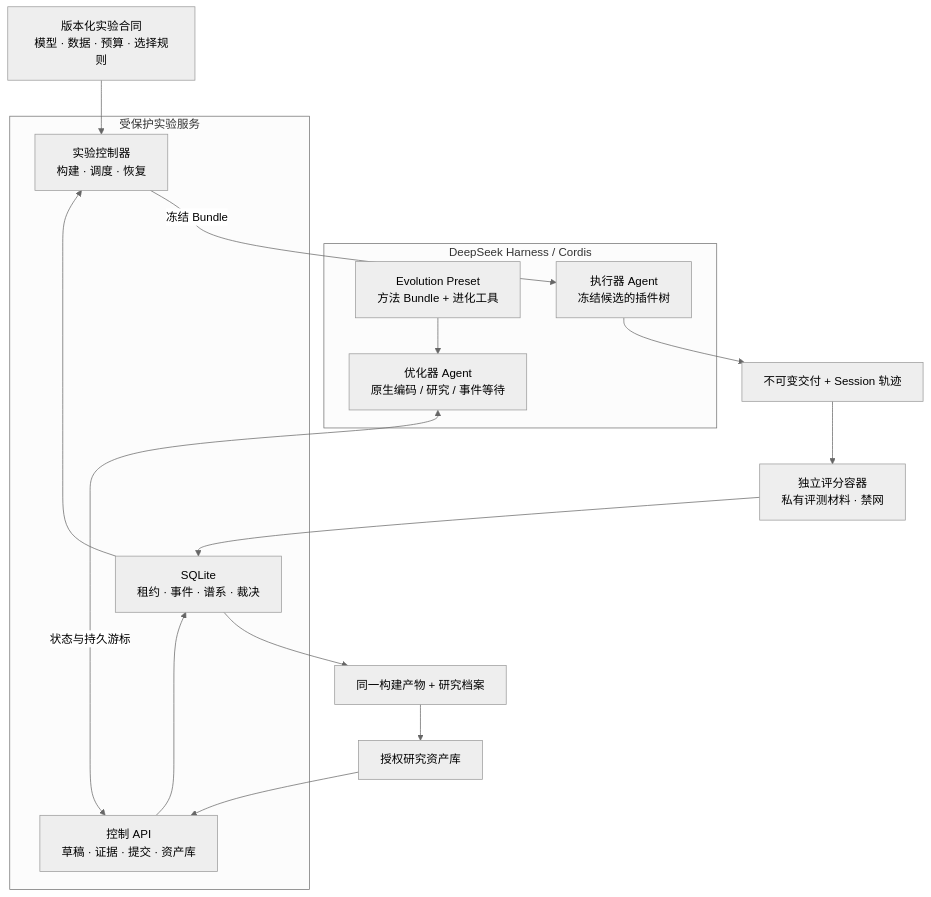
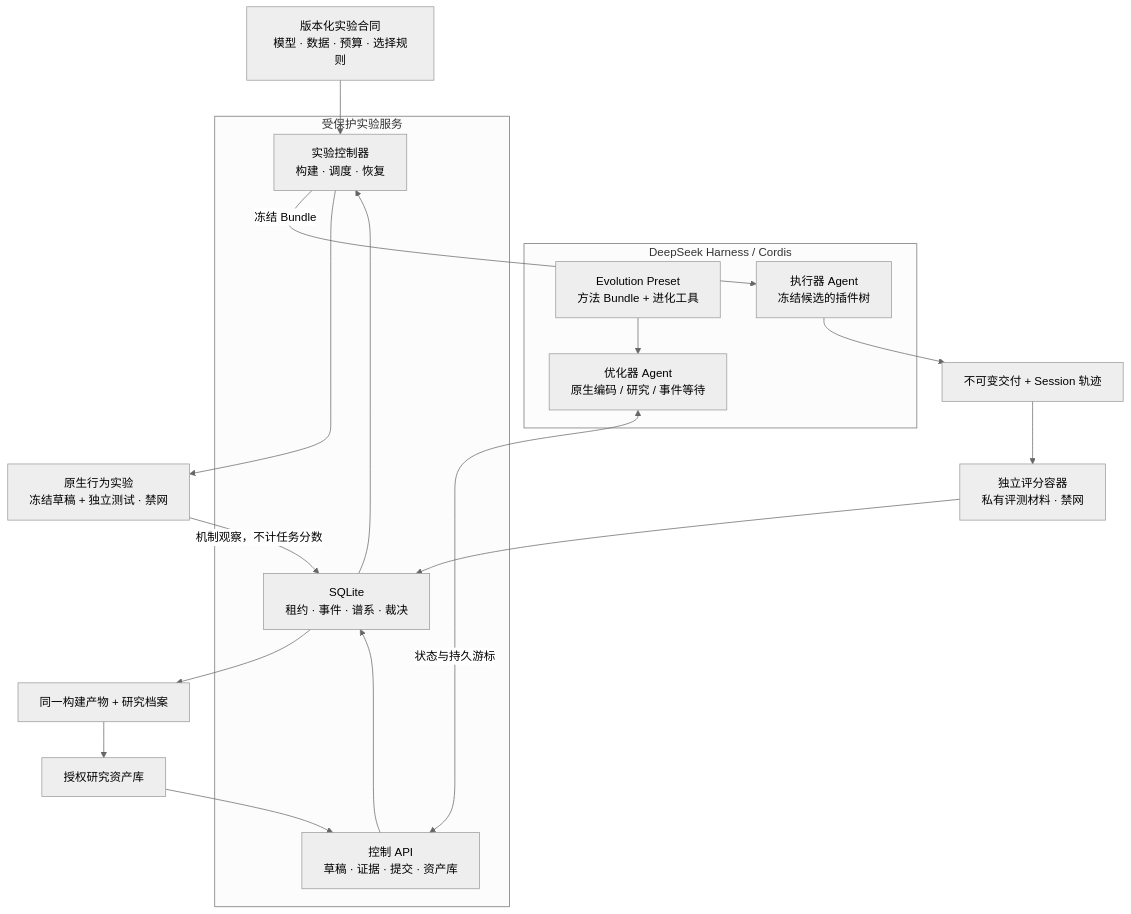
The first of 3 diagrams in docs/components.md (OLDyade/SparkVolve), drawn with Mermaid (neutral theme) before and after one commit. The commit also changed other lines of this file and 31 other files, not shown here.

````diff
--- a/docs/components.md
+++ b/docs/components.md
@@ -7,26 +7,28 @@
 ```mermaid
 flowchart TB
   Contract["版本化实验合同<br/>模型 · 数据 · 预算 · 选择规则"]
   subgraph Native["DeepSeek Harness / Cordis"]
     Preset["Evolution Preset<br/>方法 Bundle + 进化工具"]
     Optimizer["优化器 Agent<br/>原生编码 / 研究 / 事件等待"]
     Executor["执行器 Agent<br/>冻结候选的插件树"]
     Preset --> Optimizer
   end
   subgraph Protected["受保护实验服务"]
     API["控制 API<br/>草稿 · 证据 · 提交 · 资产库"]
     Store["SQLite<br/>租约 · 事件 · 谱系 · 裁决"]
     Controller["实验控制器<br/>构建 · 调度 · 恢复"]
     API --> Store
     Store --> Controller
   end
   Contract --> Controller
   Optimizer <-->|"状态与持久游标"| API
   Controller -->|"冻结 Bundle"| Executor
+  Controller --> Probe["原生行为实验<br/>冻结草稿 + 独立测试 · 禁网"]
+  Probe -->|"机制观察，不计任务分数"| Store
   Executor --> Delivery["不可变交付 + Session 轨迹"]
   Delivery --> Grader["独立评分容器<br/>私有评测材料 · 禁网"]
   Grader --> Store
   Store --> Export["同一构建产物 + 研究档案"]
   Export --> Library["授权研究资产库"]
   Library --> API
 ```
````
